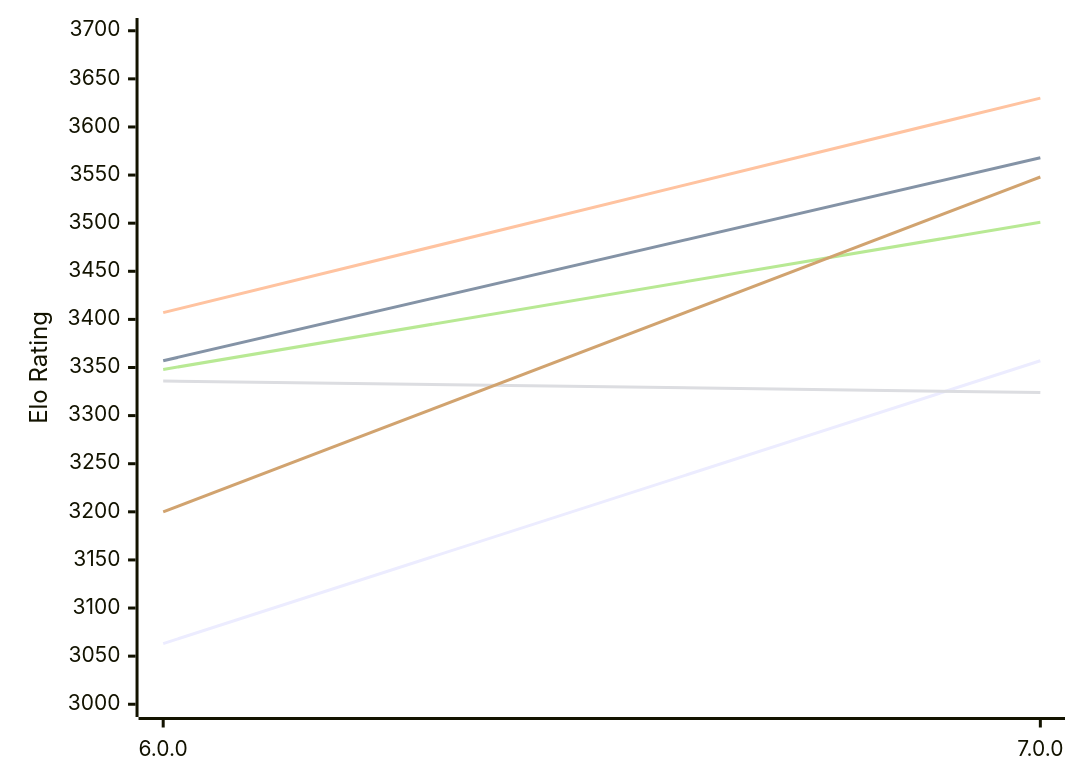
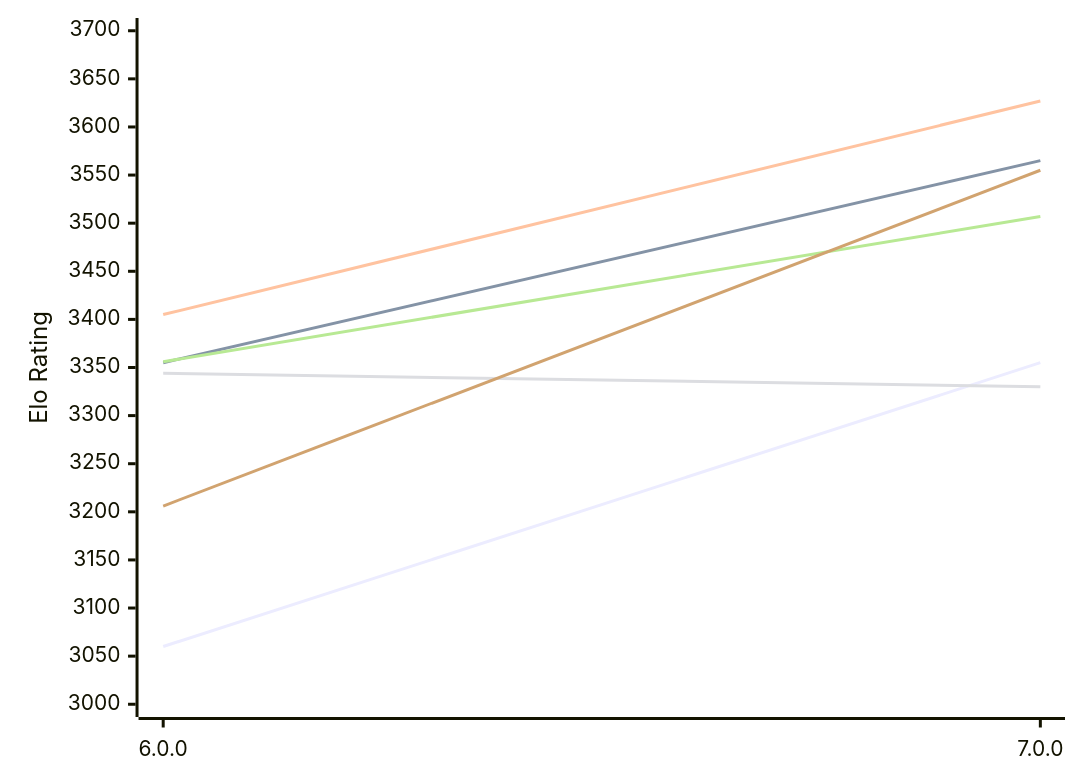
One commit to computer-chess-index/cci changed the first of 2 diagrams in engines/Minke.md. Above: the diagram before and after it, drawn with Mermaid. The commit also changed other lines of this file, not shown here.

Commit message:
Update CCI Ratings (ELO VLTC) - 2026-11-23

````diff
--- a/engines/Minke.md
+++ b/engines/Minke.md
@@ -53,12 +53,12 @@
 ```mermaid
 %%{init: {"theme":"base","themeVariables":{"seriesColors:['#a3a3a3','#222221','#faa371']}}}%%
 xychart-beta
   x-axis ["6.0.0", "7.0.0"]
   y-axis "Elo Rating" 3000 --> 3700
-  line "E1: STC (8.0+0.08s)" [3063, 3357]
-  line "E1: LTC (60.0+0.60s)" [3357, 3568]
-  line "E1: VLTC (2m24s+1.12s)" [3407, 3630]
-  line "P1: STC (8.0+0.08s)" [3336, 3324]
-  line "P1: LTC (60.0+0.60s)" [3348, 3501]
-  line "P1: VLTC (2m24s+1.12s)" [3200, 3548]
+  line "E1: STC (8.0+0.08s)" [3060, 3355]
+  line "E1: LTC (60.0+0.60s)" [3355, 3565]
+  line "E1: VLTC (2m24s+1.12s)" [3405, 3627]
+  line "P1: STC (8.0+0.08s)" [3344, 3330]
+  line "P1: LTC (60.0+0.60s)" [3356, 3507]
+  line "P1: VLTC (2m24s+1.12s)" [3206, 3555]
 ```
````
